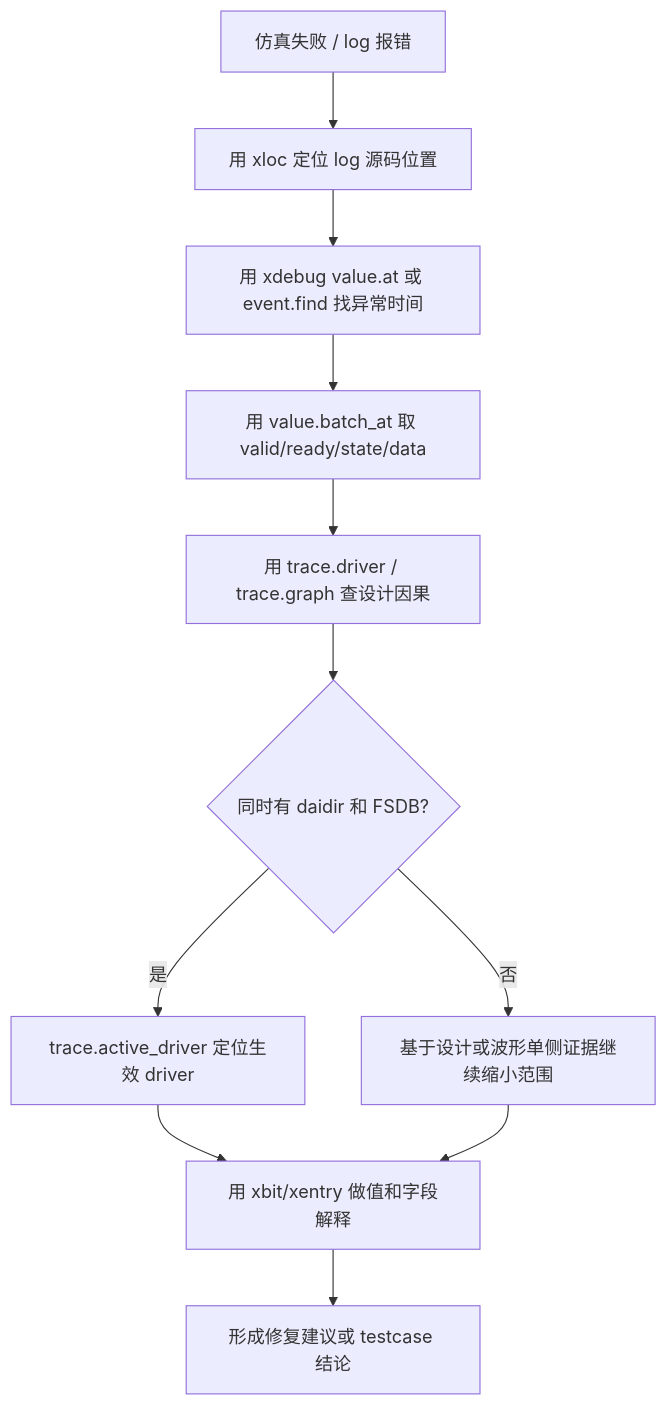
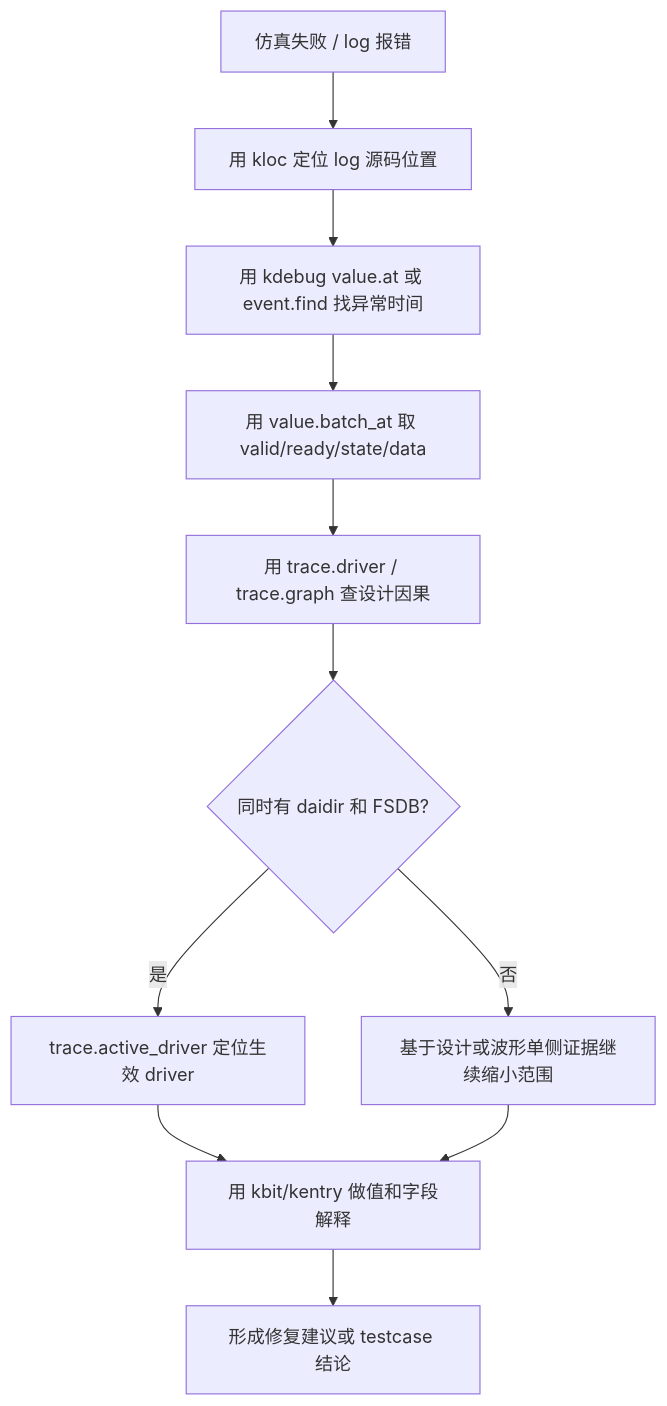
The third of 6 diagrams in README.md (ysyx-22040210-yudian/xverif), drawn with Mermaid before and after one commit. The commit also changed other lines of this file and 2243 other files, not shown here.

````diff
--- a/README.md
+++ b/README.md
@@ -1348,13 +1350,13 @@
 ```mermaid
 flowchart TD
-    A["仿真失败 / log 报错"] --> B["用 xloc 定位 log 源码位置"]
-    B --> C["用 xdebug value.at 或 event.find 找异常时间"]
+    A["仿真失败 / log 报错"] --> B["用 kloc 定位 log 源码位置"]
+    B --> C["用 kdebug value.at 或 event.find 找异常时间"]
     C --> D["用 value.batch_at 取 valid/ready/state/data"]
     D --> E["用 trace.driver / trace.graph 查设计因果"]
     E --> F{"同时有 daidir 和 FSDB?"}
     F -- "是" --> G["trace.active_driver 定位生效 driver"]
     F -- "否" --> H["基于设计或波形单侧证据继续缩小范围"]
-    G --> I["用 xbit/xentry 做值和字段解释"]
+    G --> I["用 kbit/kentry 做值和字段解释"]
     H --> I
     I --> J["形成修复建议或 testcase 结论"]
 ```
````
